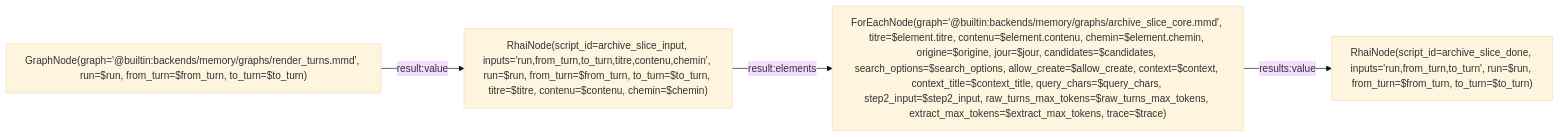
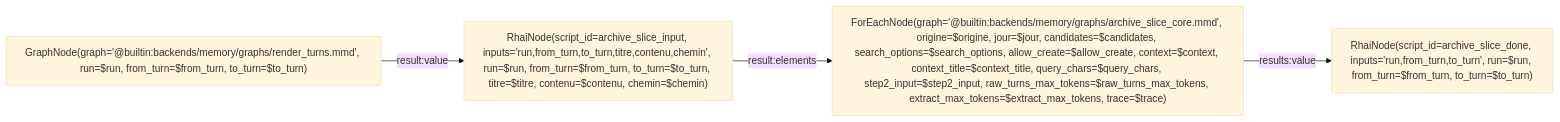
One commit to L-Defraiteur/rag3db changed the diagram in extension/rag3weaver/templates/backends/memory/graphs/archive_slice.mmd. Above: the diagram before and after it, drawn with Mermaid (base theme). The commit also changed 1 other file, not shown here.

Commit message:
fix(memoire): archive_slice_core lit la tranche par son element (titre, contenu, chemin), comme tout graphe cité par un ForEachNode

```diff
--- a/extension/rag3weaver/templates/backends/memory/graphs/archive_slice.mmd
+++ b/extension/rag3weaver/templates/backends/memory/graphs/archive_slice.mmd
@@ -1,30 +1,30 @@
 %% tool: archive_slice
 %% description: Files one slice of a conversation in two steps — by run and turn range (the host: the slice is rendered from its Turn rows and kept as its Source) or by contenu (the banc) (18 November 2026, Lucie's form). Step 1, a structured extraction over the whole slice, without the base: the model returns the slice summary, its topics (title, turn ranges, what is said, whether it is still open, free attributes) and the turns set aside. Step 2, one Decide per topic against the recalled fiches, as `archive` does for a section. A turn that no topic covers and no reason sets aside goes to a residual « reste » segment: nothing falls silently. The slice is kept as its Source (L0, written once). Each L1 has the section « turns a-b · <title> ». The report adds `slice_summary` and `open` (the topics still open at the end of the slice) and, with run, `archived_through_turn`: to_turn when the slice is filed without error, from_turn - 1 otherwise (the host files it again). An extraction that is not the requested JSON fails the call, naming response_schema.
 %% param: run string = "" -- The run whose turns are filed (the host's call): the slice is rendered from its Turn rows by render_turns, between from_turn and to_turn. Empty: contenu is filed as given (the banc).
 %% param: from_turn int = 0 -- The first turn of the slice, included.
 %% param: to_turn int = 0 -- The last turn of the slice, included.
 %% param: titre string = "" -- The slice title; empty with run: « run <run>, turns <a>-<b> ».
 %% param: contenu string = "" -- Without run: the slice, in the single form render_turns gives (one « ## turn <n> » per turn, one « ### <role> · <time> » per message).
 %% param: chemin string = "" -- The path of the slice Source; empty with run: sources/<run slug>-turns-<a>-<b>.md.
 %% param: origine string = "run_trace" -- The origin of the Source.
 %% param: jour string = "" -- The day, AAAA-MM-JJ: only for a default path, which archive_slice always gives.
 %% param: candidates int = 5 -- Candidate fiches recalled per topic.
 %% param: search_options json = {"limit": 8} -- The options of the candidate search.
 %% param: allow_create bool = false -- create allowed (off by default, as in archive).
 %% param: context string = "" -- What precedes the slice, shown to the model and never filed.
 %% param: context_title string = "Ce qui précède (déjà rangé, ne pas ranger) :" -- The title before context in the step 2 prompt.
 %% param: query_chars int = 4000 -- The bound of the candidate search query.
 %% param: step2_input string = "both" -- What step 2 reads for a topic: extracted (the extracted « said »), raw_turns (its raw turns) or both.
 %% param: raw_turns_max_tokens int = 12000 -- The bound of the raw turns of one topic, in estimated tokens (characters / 4).
 %% param: extract_max_tokens int = 8192 -- The output bound of the extraction call.
 %% param: trace bool = false -- The report also carries `results`, one entry per topic (as archive).
 %% result: done.result
 
 graph LR
     render["GraphNode(graph='@builtin:backends/memory/graphs/render_turns.mmd', run=$run, from_turn=$from_turn, to_turn=$to_turn)"]
     slice["RhaiNode(script_id=archive_slice_input, inputs='run,from_turn,to_turn,titre,contenu,chemin', run=$run, from_turn=$from_turn, to_turn=$to_turn, titre=$titre, contenu=$contenu, chemin=$chemin)"]
-    core["ForEachNode(graph='@builtin:backends/memory/graphs/archive_slice_core.mmd', titre=$element.titre, contenu=$element.contenu, chemin=$element.chemin, origine=$origine, jour=$jour, candidates=$candidates, search_options=$search_options, allow_create=$allow_create, context=$context, context_title=$context_title, query_chars=$query_chars, step2_input=$step2_input, raw_turns_max_tokens=$raw_turns_max_tokens, extract_max_tokens=$extract_max_tokens, trace=$trace)"]
+    core["ForEachNode(graph='@builtin:backends/memory/graphs/archive_slice_core.mmd', origine=$origine, jour=$jour, candidates=$candidates, search_options=$search_options, allow_create=$allow_create, context=$context, context_title=$context_title, query_chars=$query_chars, step2_input=$step2_input, raw_turns_max_tokens=$raw_turns_max_tokens, extract_max_tokens=$extract_max_tokens, trace=$trace)"]
     done["RhaiNode(script_id=archive_slice_done, inputs='run,from_turn,to_turn', run=$run, from_turn=$from_turn, to_turn=$to_turn)"]
     render -->|result:value| slice
     slice -->|result:elements| core
     core -->|results:value| done
```
